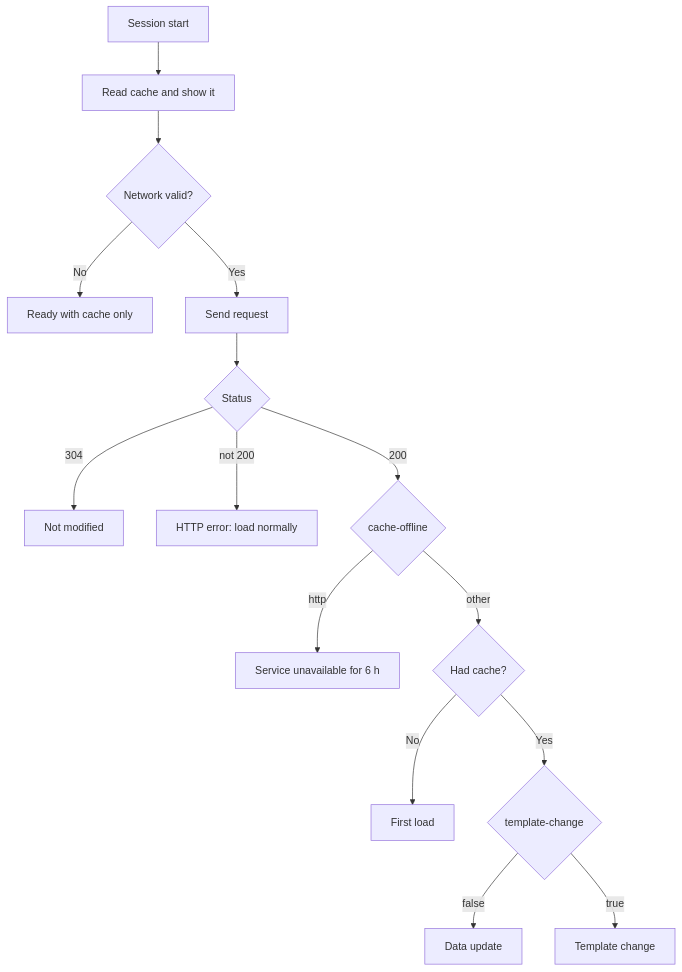
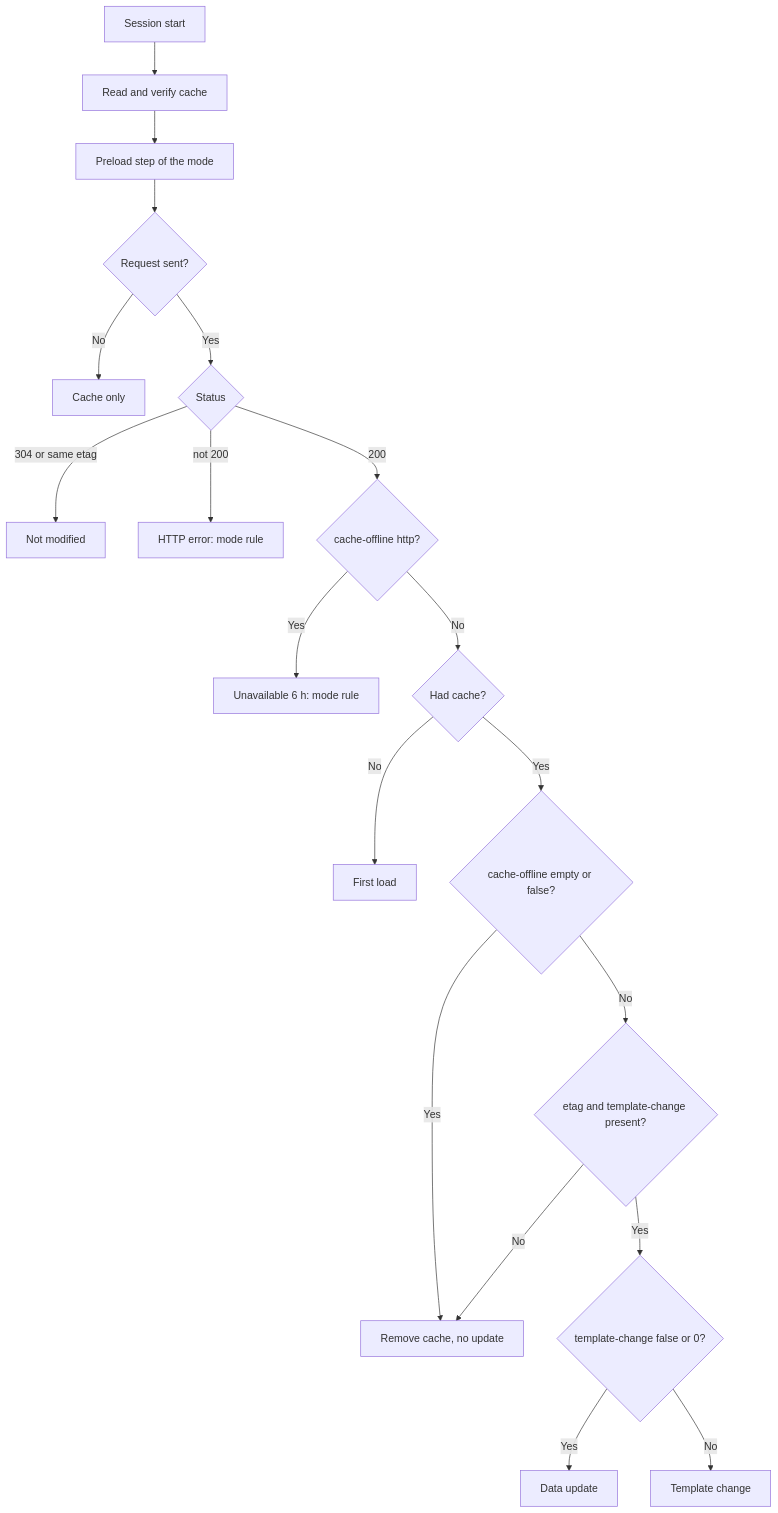
The diagram in docs/engineering/protocol/legacy-client.md (robotoss/rivqen), drawn with Mermaid before and after one commit. The commit also changed other lines of this file and 433 other files, not shown here.

````diff
--- a/docs/engineering/protocol/legacy-client.md
+++ b/docs/engineering/protocol/legacy-client.md
@@ -41,17 +92,21 @@
 ```mermaid
 flowchart TD
-  A[Session start] --> B[Read cache and show it]
-  B --> C{Network valid?}
-  C -- No --> R[Ready with cache only]
-  C -- Yes --> D[Send request]
-  D --> E{Status}
-  E -- 304 --> NM[Not modified]
-  E -- not 200 --> HE[HTTP error: load normally]
-  E -- 200 --> F{cache-offline}
-  F -- http --> SU[Service unavailable for 6 h]
-  F -- other --> G{Had cache?}
+  A[Session start] --> B[Read and verify cache]
+  B --> P[Preload step of the mode]
+  P --> C{Request sent?}
+  C -- No --> R[Cache only]
+  C -- Yes --> E{Status}
+  E -- 304 or same etag --> NM[Not modified]
+  E -- not 200 --> HE[HTTP error: mode rule]
+  E -- 200 --> F{cache-offline http?}
+  F -- Yes --> SU[Unavailable 6 h: mode rule]
+  F -- No --> G{Had cache?}
   G -- No --> FL[First load]
-  G -- Yes --> H{template-change}
-  H -- false --> DU[Data update]
-  H -- true --> TC[Template change]
+  G -- Yes --> V{cache-offline empty or false?}
+  V -- Yes --> RM[Remove cache, no update]
+  V -- No --> W{etag and template-change present?}
+  W -- No --> RM
+  W -- Yes --> H{template-change false or 0?}
+  H -- Yes --> DU[Data update]
+  H -- No --> TC[Template change]
 ```
````
